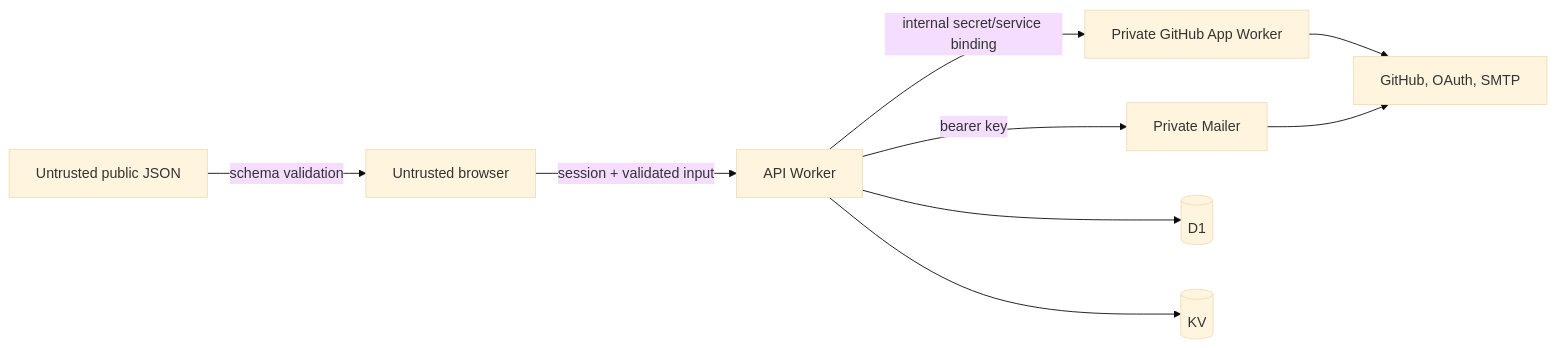
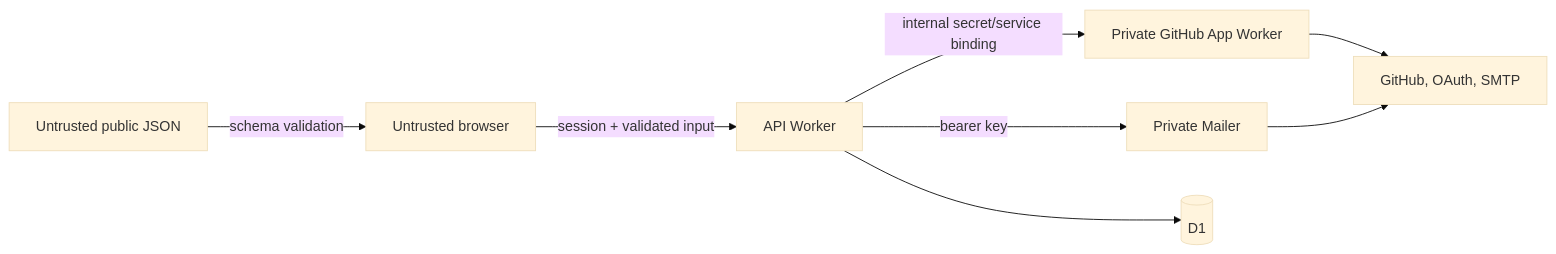
The diagram in docs/SECURITY.md (shamilaw-sci/CSC3213_20_Group_B), drawn with Mermaid (base theme) before and after one commit. The commit also changed other lines of this file and 50 other files, not shown here.

````diff
--- a/docs/SECURITY.md
+++ b/docs/SECURITY.md
@@ -8,20 +8,18 @@
 ```mermaid
 flowchart LR
   Browser[Untrusted browser]
   PublicData[Untrusted public JSON]
   API[API Worker]
   GitHubApp[Private GitHub App Worker]
   Mailer[Private Mailer]
   Providers[GitHub, OAuth, SMTP]
   D1[(D1)]
-  KV[(KV)]
 
   Browser -->|session + validated input| API
   PublicData -->|schema validation| Browser
   API --> D1
-  API --> KV
   API -->|internal secret/service binding| GitHubApp
   API -->|bearer key| Mailer
   GitHubApp --> Providers
   Mailer --> Providers
 ```
````
